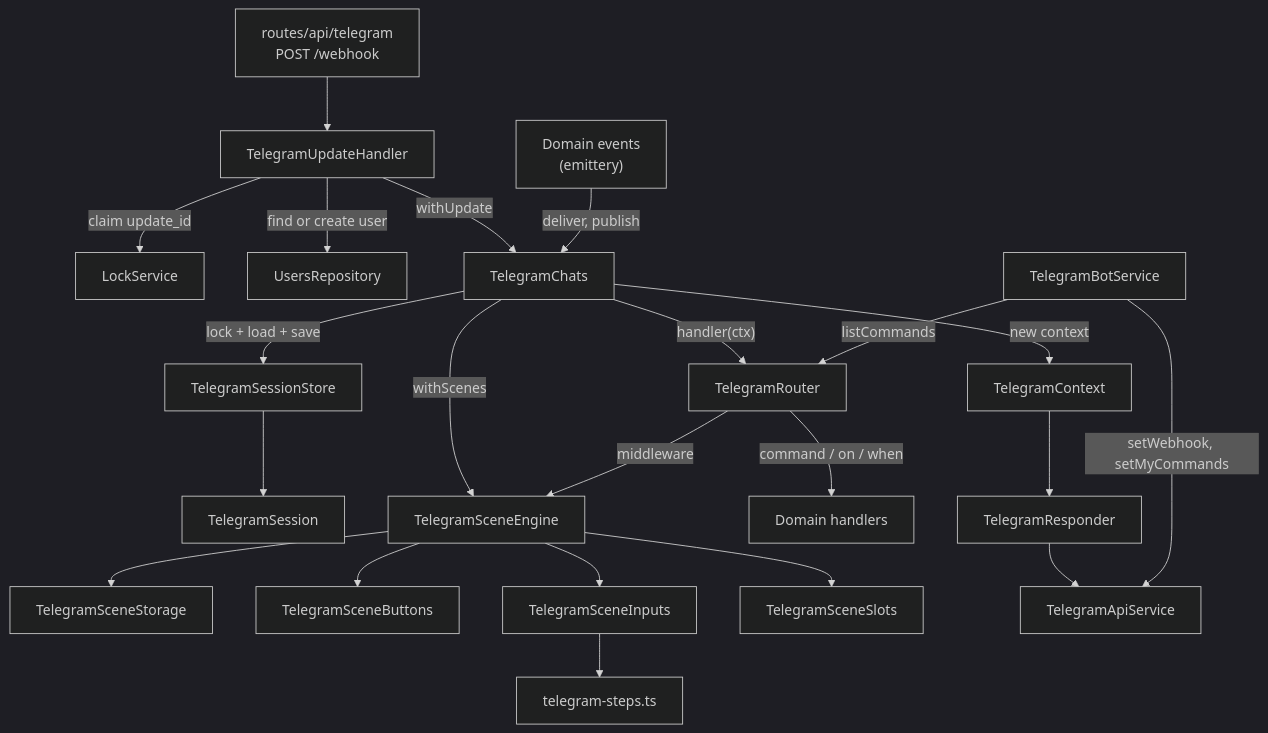
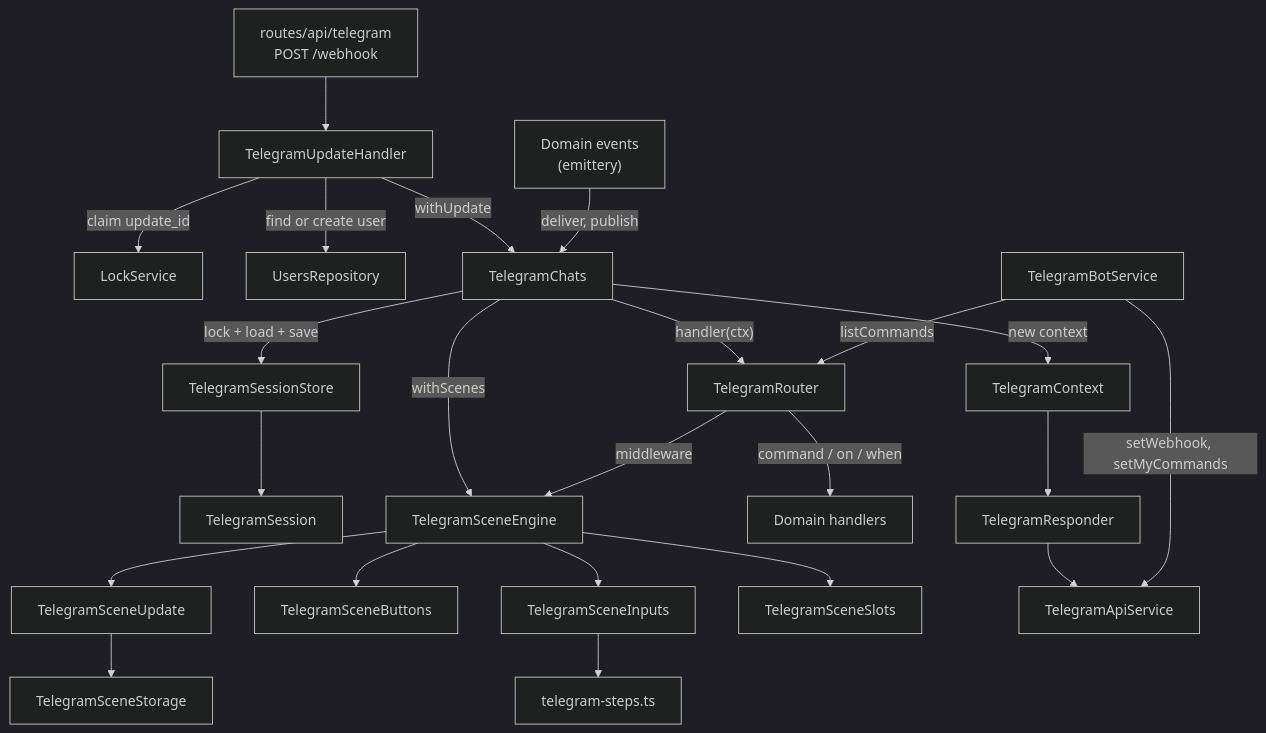
The first of 6 diagrams in apps/server/src/plugins/app/telegram/README.md (ayuvlasenko/smart-assistant), drawn with Mermaid (dark theme) before and after one commit. The commit also changed other lines of this file and 2 other files, not shown here.

Commit message:
docs: explain the mechanisms behind the telegram, access and invites READMEs

````diff
--- a/apps/server/src/plugins/app/telegram/README.md
+++ b/apps/server/src/plugins/app/telegram/README.md
@@ -9,30 +36,31 @@
 ```mermaid
 flowchart TD
     route["routes/api/telegram<br/>POST /webhook"] --> handler[TelegramUpdateHandler]
     handler -->|"claim update_id"| lock[LockService]
     handler -->|"find or create user"| users[UsersRepository]
     handler -->|withUpdate| chats[TelegramChats]
 
     chats -->|"lock + load + save"| sessions[TelegramSessionStore]
     sessions --> session[TelegramSession]
     chats -->|"new context"| ctx[TelegramContext]
     chats -->|withScenes| engine[TelegramSceneEngine]
     chats -->|"handler(ctx)"| router[TelegramRouter]
 
     router -->|"middleware"| engine
     router -->|"command / on / when"| domain["Domain handlers"]
 
-    engine --> storage[TelegramSceneStorage]
+    engine --> update[TelegramSceneUpdate]
+    update --> storage[TelegramSceneStorage]
     engine --> buttons[TelegramSceneButtons]
     engine --> inputs[TelegramSceneInputs]
     engine --> slots[TelegramSceneSlots]
     inputs --> steps["telegram-steps.ts"]
 
     ctx --> responder[TelegramResponder]
     responder --> api[TelegramApiService]
 
     domainEvents["Domain events<br/>(emittery)"] -->|"deliver, publish"| chats
 
     bot[TelegramBotService] -->|"setWebhook, setMyCommands"| api
     bot -->|listCommands| router
 ```
````
